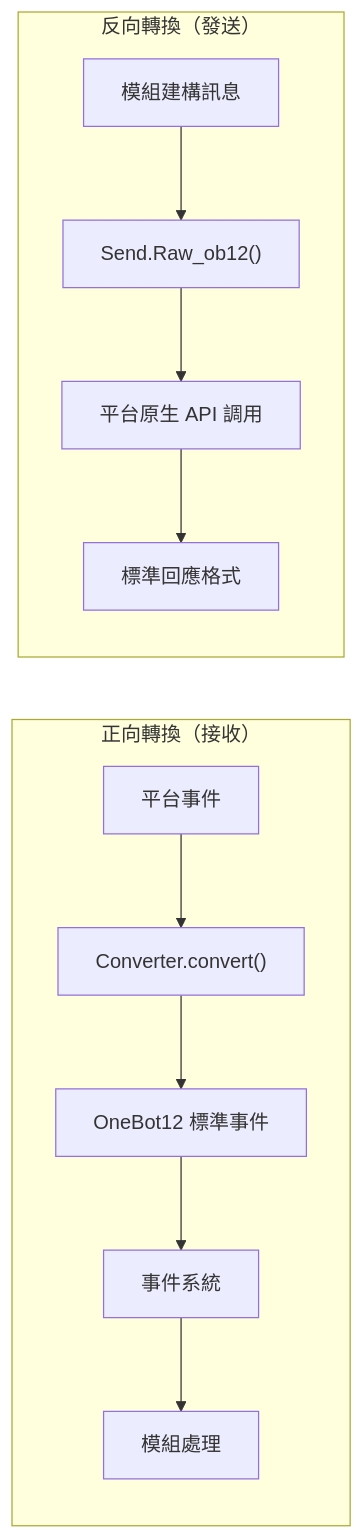
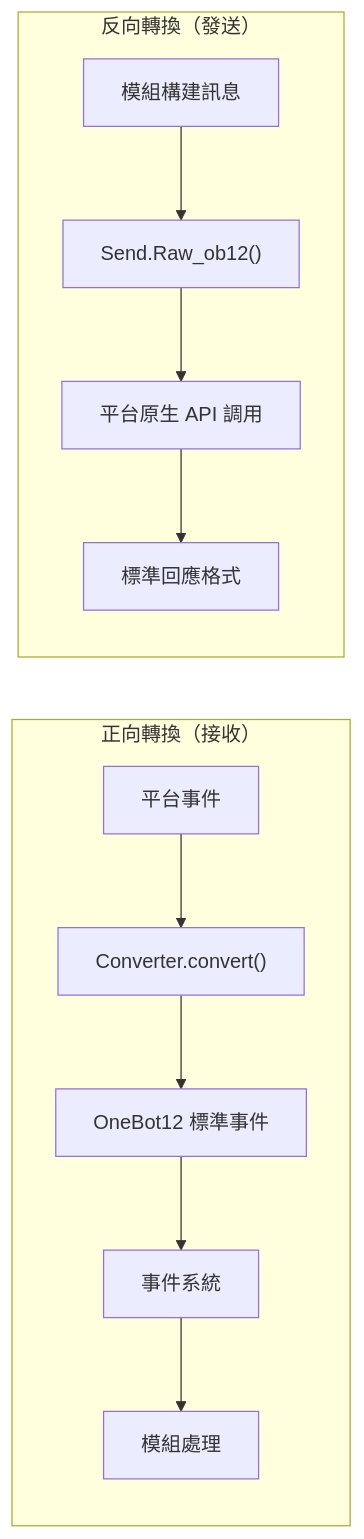
The diagram in docs/zh-TW/developer-guide/adapters/getting-started.md (ErisPulse/ErisPulse), drawn with Mermaid before and after one commit. The commit also changed other lines of this file and 828 other files, not shown here.

````diff
--- a/docs/zh-TW/developer-guide/adapters/getting-started.md
+++ b/docs/zh-TW/developer-guide/adapters/getting-started.md
@@ -21,11 +21,11 @@
 ```mermaid
 flowchart LR
     subgraph receive["正向轉換（接收）"]
         direction TB
         P1["平台事件"] --> C1["Converter.convert()"] --> O1["OneBot12 標準事件"] --> S1["事件系統"] --> M1["模組處理"]
     end
     subgraph send["反向轉換（發送）"]
         direction TB
-        M2["模組建構訊息"] --> R1["Send.Raw_ob12()"] --> N1["平台原生 API 調用"] --> R2["標準回應格式"]
+        M2["模組構建訊息"] --> R1["Send.Raw_ob12()"] --> N1["平台原生 API 調用"] --> R2["標準回應格式"]
     end
 ```
````
